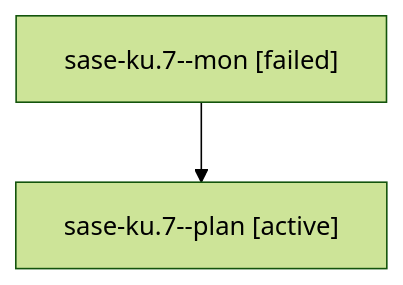
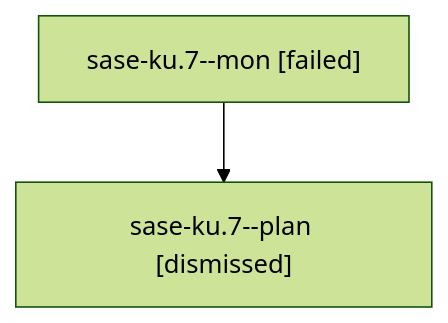
One commit to sase-org/sase--agents changed the diagram in sessions/bbugyi200.athena.sase-ku.7.md. Above: the diagram before and after it, drawn with Mermaid (forest theme). The commit also changed other lines of this file and 142 other files, not shown here.

````diff
--- a/sessions/bbugyi200.athena.sase-ku.7.md
+++ b/sessions/bbugyi200.athena.sase-ku.7.md
@@ -9,6 +9,6 @@
 ```mermaid
 flowchart TD
   n0["sase-ku.7--mon [failed]"]
-  n1["sase-ku.7--plan [active]"]
+  n1["sase-ku.7--plan [dismissed]"]
   n0 --> n1
 ```
````
